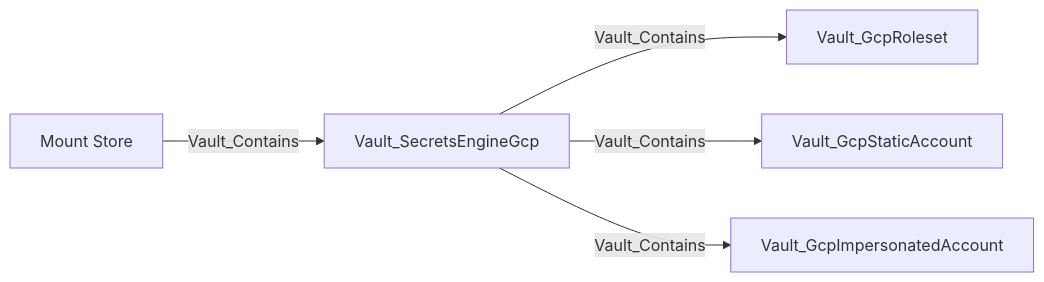
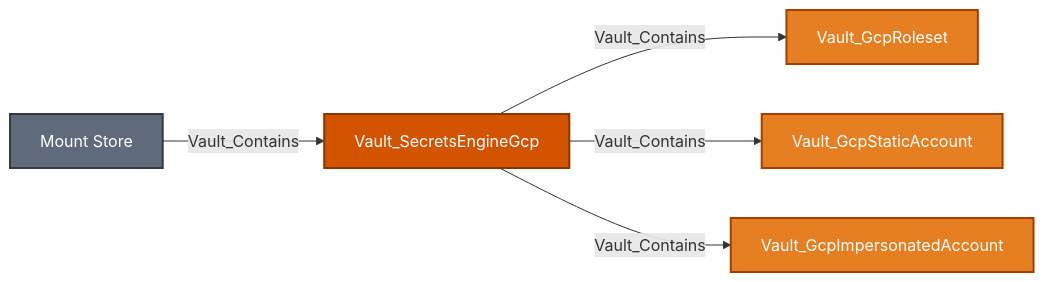
Before and after one commit to bytewreck/opengraph-vault: the tenth of 29 diagrams in Documentation/stores/MOUNTS.md, drawn with Mermaid. The commit also changed other lines of this file and 4 other files, not shown here.

````diff
--- a/Documentation/stores/MOUNTS.md
+++ b/Documentation/stores/MOUNTS.md
@@ -276,7 +311,11 @@
 ```mermaid
 flowchart LR
-    store[Mount Store] -->|Vault_Contains| mount[Vault_SecretsEngineGcp]
-    mount -->|Vault_Contains| roleset[Vault_GcpRoleset]
-    mount -->|Vault_Contains| static[Vault_GcpStaticAccount]
-    mount -->|Vault_Contains| impersonated[Vault_GcpImpersonatedAccount]
+    store[Mount Store]:::storeNode -->|Vault_Contains| mount[Vault_SecretsEngineGcp]:::mountNode
+    mount -->|Vault_Contains| roleset[Vault_GcpRoleset]:::secretObjectNode
+    mount -->|Vault_Contains| static[Vault_GcpStaticAccount]:::secretObjectNode
+    mount -->|Vault_Contains| impersonated[Vault_GcpImpersonatedAccount]:::secretObjectNode
+
+    classDef storeNode fill:#5F6B7A,color:#fff,stroke:#343A40,stroke-width:2px
+    classDef mountNode fill:#D35400,color:#fff,stroke:#873600,stroke-width:2px
+    classDef secretObjectNode fill:#E67E22,color:#fff,stroke:#A04000,stroke-width:2px
 ```
````
